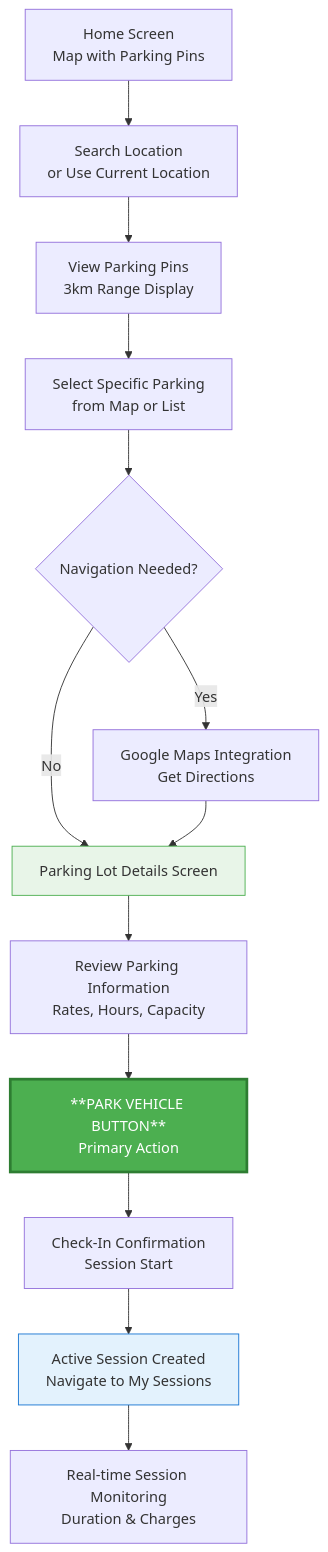
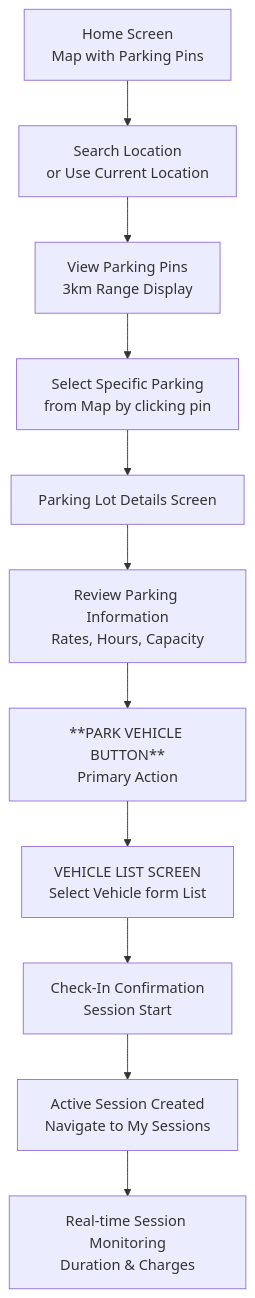
Before and after one commit to hittubhai01/parking_app_project: the second of 5 diagrams in Vision-Parking/parking-app-prd.md, drawn with Mermaid. The commit also changed other lines of this file and 510 other files, not shown here.

````diff
--- a/Vision-Parking/parking-app-prd.md
+++ b/Vision-Parking/parking-app-prd.md
@@ -774,19 +699,16 @@
 ```mermaid
 graph TD
     A[Home Screen<br/>Map with Parking Pins] --> B[Search Location<br/>or Use Current Location]
     B --> C[View Parking Pins<br/>3km Range Display]
-    C --> D[Select Specific Parking<br/>from Map or List]
-    D --> E{Navigation Needed?}
-    E -- Yes --> F[Google Maps Integration<br/>Get Directions]
-    E -- No --> G[Parking Lot Details Screen]
-    F --> G
+    C --> D[Select Specific Parking<br/>from Map by clicking pin]
+    D --> G[Parking Lot Details Screen]
+    
     G --> H[Review Parking Information<br/>Rates, Hours, Capacity]
     H --> I[**PARK VEHICLE BUTTON**<br/>Primary Action]
-    I --> J[Check-In Confirmation<br/>Session Start]
-    J --> K[Active Session Created<br/>Navigate to My Sessions]
-    K --> L[Real-time Session Monitoring<br/>Duration & Charges]
+    I --> J[VEHICLE LIST SCREEN<br/>Select Vehicle form List]
+    J --> K[Check-In Confirmation<br/>Session Start]
+    K --> L[Active Session Created<br/>Navigate to My Sessions]
+    L --> M[Real-time Session Monitoring<br/>Duration & Charges]
     
-    style I fill:#4CAF50,stroke:#2E7D32,color:#fff,stroke-width:3px
-    style G fill:#E8F5E8,stroke:#4CAF50
-    style K fill:#E3F2FD,stroke:#1976D2
+    
 ```
````
